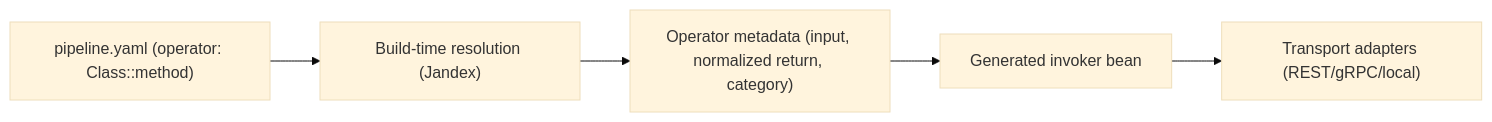
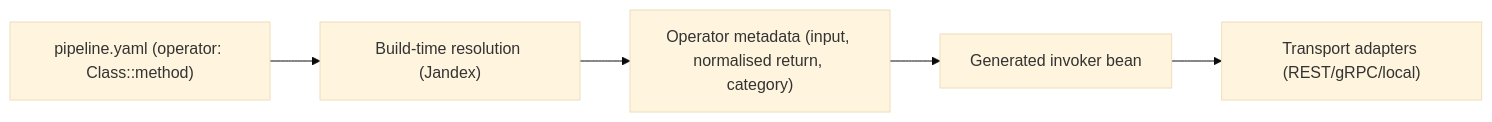
One commit to The-Pipeline-Framework/pipelineframework changed the diagram in docs/guide/build/operators.md. Above: the diagram before and after it, drawn with Mermaid (base theme). The commit also changed other lines of this file and 26 other files, not shown here.

````diff
--- a/docs/guide/build/operators.md
+++ b/docs/guide/build/operators.md
@@ -7,7 +7,7 @@
 ```mermaid
 flowchart LR
   A["pipeline.yaml (operator: Class::method)"] --> B["Build-time resolution (Jandex)"]
-  B --> C["Operator metadata (input, normalized return, category)"]
+  B --> C["Operator metadata (input, normalised return, category)"]
   C --> D["Generated invoker bean"]
   D --> E["Transport adapters (REST/gRPC/local)"]
 ```
````
